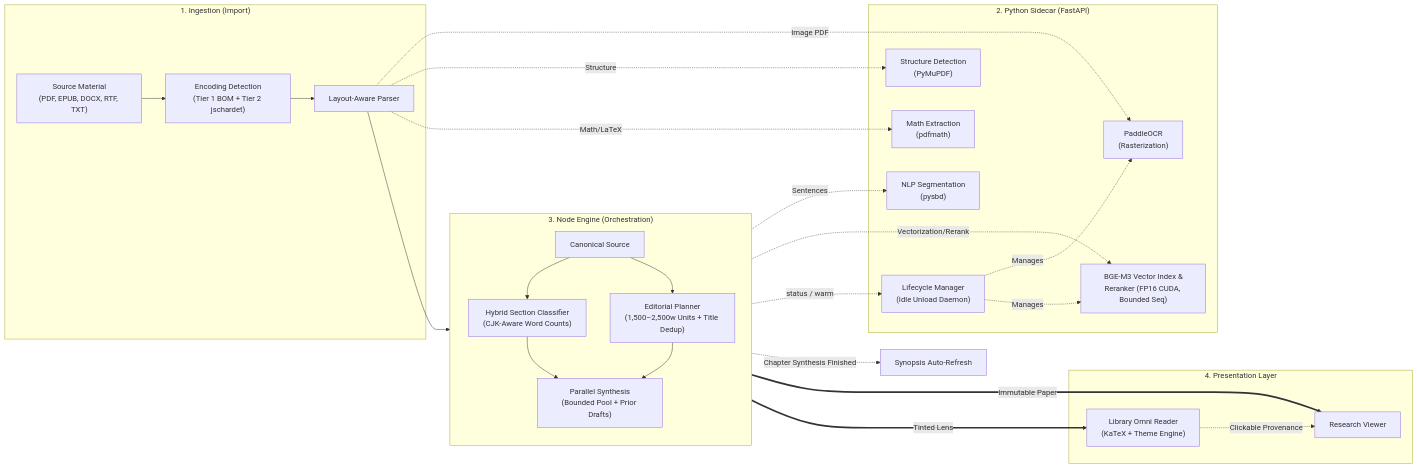
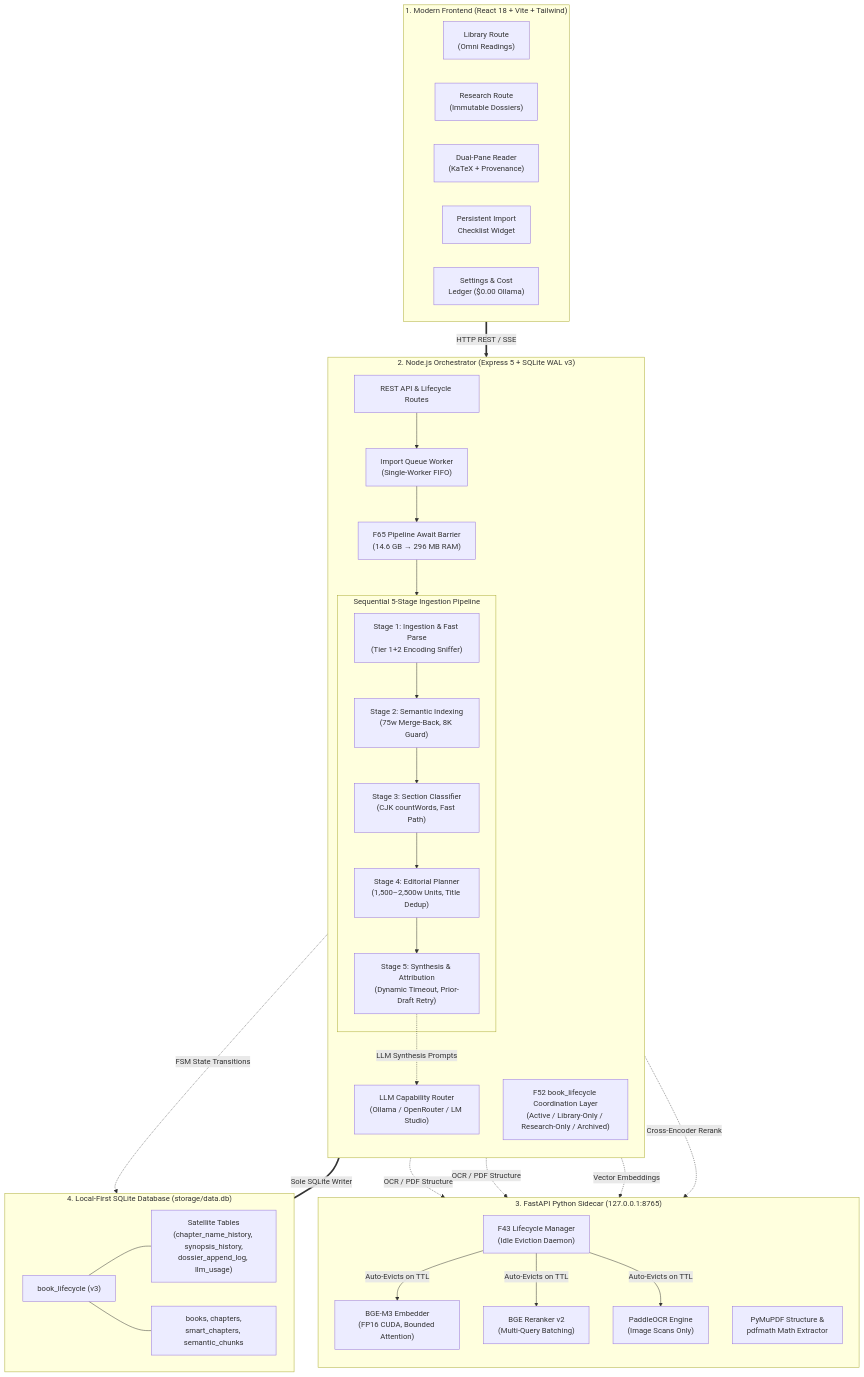
Before and after one commit to avengersvstheflash/Smart-Reader: the second of 8 diagrams in README.md, drawn with Mermaid. The commit also changed other lines of this file, not shown here.

Commit message:
docs: update README with enhanced architecture, F52/F65-72 milestones, and session progress bars

````diff
--- a/README.md
+++ b/README.md
@@ -234,37 +253,59 @@
 ```mermaid
-flowchart LR
-    subgraph INGESTION ["1. Ingestion (Import)"]
-        RawDoc["Source Material<br/>(PDF, EPUB, DOCX, RTF, TXT)"] --> Dec["Encoding Detection<br/>(Tier 1 BOM + Tier 2 jschardet)"]
-        Dec --> Parser["Layout-Aware Parser"]
+flowchart TB
+    subgraph CLIENT ["1. Modern Frontend (React 18 + Vite + Tailwind)"]
+        direction LR
+        LibraryUI["Library Route<br/>(Omni Readings)"]
+        ResearchUI["Research Route<br/>(Immutable Dossiers)"]
+        ReaderUI["Dual-Pane Reader<br/>(KaTeX + Provenance)"]
+        QueueWidget["Persistent Import<br/>Checklist Widget"]
+        SettingsUI["Settings & Cost<br/>Ledger ($0.00 Ollama)"]
     end
-    subgraph PYTHON_SIDECAR ["2. Python Sidecar (FastAPI)"]
-        Lifecycle["Lifecycle Manager<br/>(Idle Unload Daemon)"]
-        OCR["PaddleOCR<br/>(Rasterization)"]
-        NLP["NLP Segmentation<br/>(pysbd)"]
-        Structure["Structure Detection<br/>(PyMuPDF)"]
-        Math["Math Extraction<br/>(pdfmath)"]
-        Embedder["BGE-M3 Vector Index &<br/>Reranker (FP16 CUDA, Bounded Seq)"]
-        Lifecycle -.->|"Manages"| OCR & Embedder
+
+    subgraph NODE_ORCHESTRATOR ["2. Node.js Orchestrator (Express 5 + SQLite WAL v3)"]
+        direction TB
+        API["REST API & Lifecycle Routes"]
+        QueueWorker["Import Queue Worker<br/>(Single-Worker FIFO)"]
+        SequentialGate["F65 Pipeline Await Barrier<br/>(14.6 GB → 296 MB RAM)"]
+        
+        subgraph PIPELINE ["Sequential 5-Stage Ingestion Pipeline"]
+            S1["Stage 1: Ingestion & Fast Parse<br/>(Tier 1+2 Encoding Sniffer)"]
+            S2["Stage 2: Semantic Indexing<br/>(75w Merge-Back, 8K Guard)"]
+            S3["Stage 3: Section Classifier<br/>(CJK countWords, Fast Path)"]
+            S4["Stage 4: Editorial Planner<br/>(1,500–2,500w Units, Title Dedup)"]
+            S5["Stage 5: Synthesis & Attribution<br/>(Dynamic Timeout, Prior-Draft Retry)"]
+            S1 --> S2 --> S3 --> S4 --> S5
+        end
+
+        Coordination["F52 book_lifecycle Coordination Layer<br/>(Active / Library-Only / Research-Only / Archived)"]
+        LLM_Router["LLM Capability Router<br/>(Ollama / OpenRouter / LM Studio)"]
     end
-    subgraph NODE_ENGINE ["3. Node Engine (Orchestration)"]
+
+    subgraph PYTHON_SIDECAR ["3. FastAPI Python Sidecar (127.0.0.1:8765)"]
         direction TB
-        Canon["Canonical Source"]
-        Classifier["Hybrid Section Classifier<br/>(CJK-Aware Word Counts)"]
-        Planner["Editorial Planner<br/>(1,500–2,500w Units + Title Dedup)"]
-        Compressor["Parallel Synthesis<br/>(Bounded Pool + Prior Drafts)"]
-        Canon --> Classifier & Planner --> Compressor
+        LifecycleMgr["F43 Lifecycle Manager<br/>(Idle Eviction Daemon)"]
+        Embedder["BGE-M3 Embedder<br/>(FP16 CUDA, Bounded Attention)"]
+        Reranker["BGE Reranker v2<br/>(Multi-Query Batching)"]
+        OCR["PaddleOCR Engine<br/>(Image Scans Only)"]
+        Parsers["PyMuPDF Structure &<br/>pdfmath Math Extractor"]
+        
+        LifecycleMgr -->|"Auto-Evicts on TTL"| Embedder & Reranker & OCR
     end
-    Parser --> Canon
-    Parser -.->|"Image PDF"| OCR
-    Parser -.->|"Structure"| Structure
-    Parser -.->|"Math/LaTeX"| Math
-    Canon -.->|"Sentences"| NLP
-    Canon -.->|"Vectorization/Rerank"| Embedder
-    Compressor -.->|"status / warm"| Lifecycle
-    Compressor -.->|"Chapter Synthesis Finished"| SynopsisRef["Synopsis Auto-Refresh"]
-    subgraph PRESENTATION ["4. Presentation Layer"]
-        Canon ===>|"Immutable Paper"| ResearchViewer["Research Viewer"]
-        Compressor ===>|"Tinted Lens"| LibraryReader["Library Omni Reader<br/>(KaTeX + Theme Engine)"]
-        LibraryReader -.->|"Clickable Provenance"| ResearchViewer
+
+    subgraph STORAGE ["4. Local-First SQLite Database (storage/data.db)"]
+        direction LR
+        BL["book_lifecycle (v3)"]
+        Satellites["Satellite Tables<br/>(chapter_name_history, synopsis_history,<br/>dossier_append_log, llm_usage)"]
+        BooksTable["books, chapters,<br/>smart_chapters, semantic_chunks"]
+        BL --- Satellites
+        BL --- BooksTable
     end
+
+    CLIENT ==>|"HTTP REST / SSE"| API
+    API --> QueueWorker --> SequentialGate --> PIPELINE
+    S1 -.->|"OCR / PDF Structure"| Parsers & OCR
+    S2 -.->|"Vector Embeddings"| Embedder
+    S5 -.->|"Cross-Encoder Rerank"| Reranker
+    S5 -.->|"LLM Synthesis Prompts"| LLM_Router
+    NODE_ORCHESTRATOR ===|"Sole SQLite Writer"| STORAGE
+    Coordination -.->|"FSM State Transitions"| BL
 ```
````
